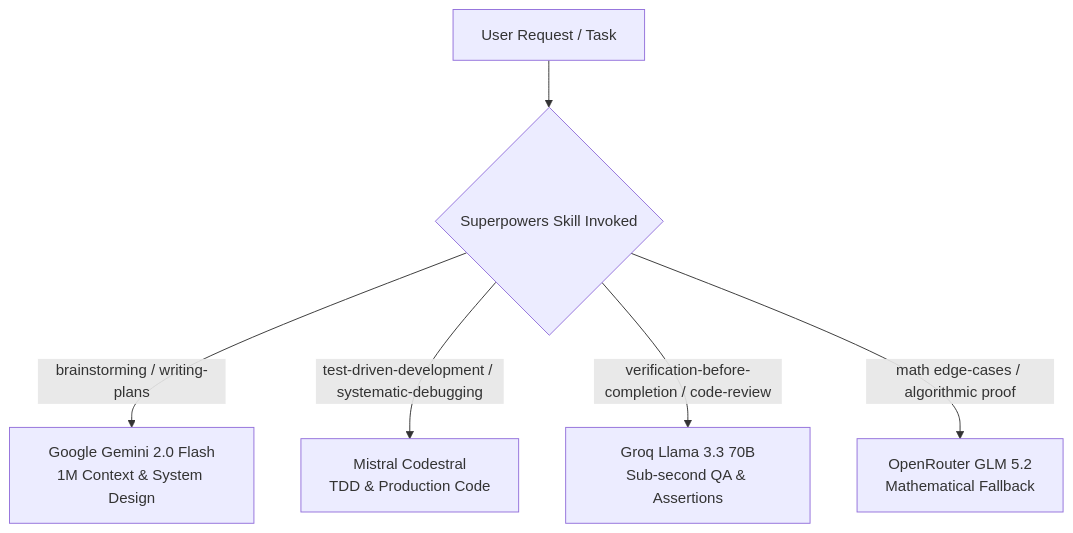
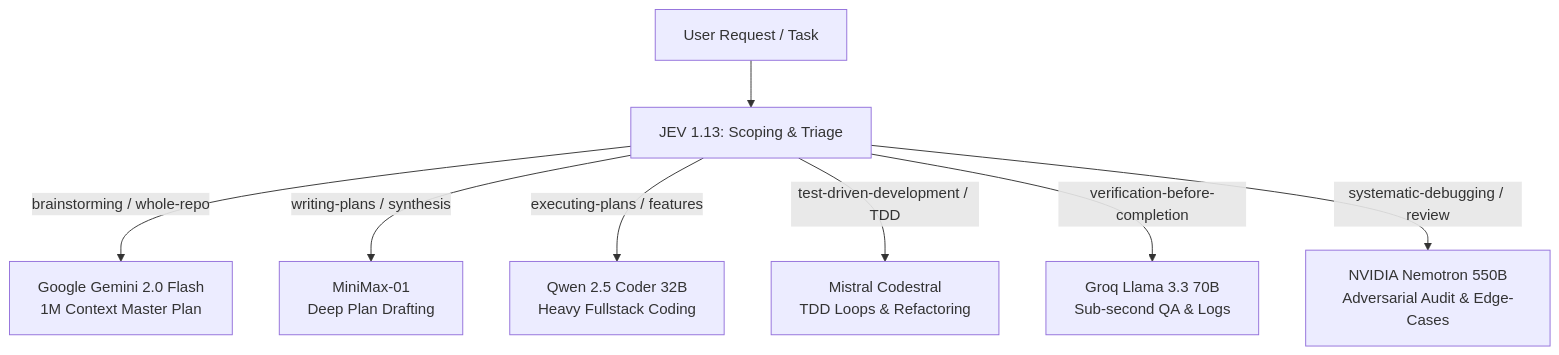
One commit to Abdo5-Mahmoud/Daily-Tracker-system changed the diagram in MODELS_REGISTRY.md. Above: the diagram before and after it, drawn with Mermaid. The commit also changed other lines of this file and 2 other files, not shown here.

````diff
--- a/MODELS_REGISTRY.md
+++ b/MODELS_REGISTRY.md
@@ -22,8 +25,10 @@
 ```mermaid
 graph TD
-    UserReq[User Request / Task] --> Router{Superpowers Skill Invoked}
-    Router -->|brainstorming / writing-plans| Gemini[Google Gemini 2.0 Flash<br/>1M Context & System Design]
-    Router -->|test-driven-development / systematic-debugging| Codestral[Mistral Codestral<br/>TDD & Production Code]
-    Router -->|verification-before-completion / code-review| Groq[Groq Llama 3.3 70B<br/>Sub-second QA & Assertions]
-    Router -->|math edge-cases / algorithmic proof| OpenRouter[OpenRouter GLM 5.2<br/>Mathematical Fallback]
+    UserReq[User Request / Task] --> Triage[JEV 1.13: Scoping & Triage]
+    Triage -->|brainstorming / whole-repo| Gemini[Google Gemini 2.0 Flash<br/>1M Context Master Plan]
+    Triage -->|writing-plans / synthesis| MiniMax[MiniMax-01<br/>Deep Plan Drafting]
+    Triage -->|executing-plans / features| Qwen[Qwen 2.5 Coder 32B<br/>Heavy Fullstack Coding]
+    Triage -->|test-driven-development / TDD| Codestral[Mistral Codestral<br/>TDD Loops & Refactoring]
+    Triage -->|verification-before-completion| Groq[Groq Llama 3.3 70B<br/>Sub-second QA & Logs]
+    Triage -->|systematic-debugging / review| Nemotron[NVIDIA Nemotron 550B<br/>Adversarial Audit & Edge-Cases]
 ```
````
